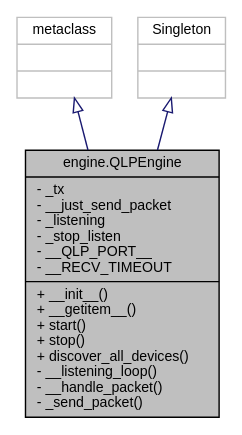
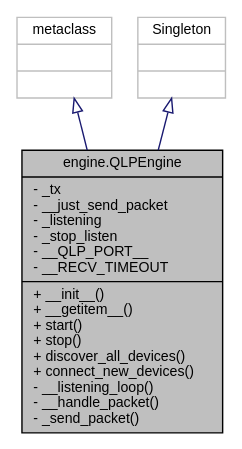
One commit to Quantum-0/qlsc changed the diagram in classengine_1_1QLPEngine__coll__graph.dot. Above: the diagram before and after it, drawn with Graphviz. The commit also changed 200 other files, not shown here.

```diff
--- a/classengine_1_1QLPEngine__coll__graph.dot
+++ b/classengine_1_1QLPEngine__coll__graph.dot
@@ -1,11 +1,11 @@
 digraph "engine.QLPEngine"
 {
  // LATEX_PDF_SIZE
   edge [fontname="Helvetica",fontsize="10",labelfontname="Helvetica",labelfontsize="10"];
   node [fontname="Helvetica",fontsize="10",shape=record];
-  Node1 [label="{engine.QLPEngine\n|- _tx\l- __just_send_packet\l- _listening\l- _stop_listen\l- __QLP_PORT__\l- __RECV_TIMEOUT\l|+ __init__()\l+ __getitem__()\l+ start()\l+ stop()\l+ discover_all_devices()\l- __listening_loop()\l- __handle_packet()\l- _send_packet()\l}",height=0.2,width=0.4,color="black", fillcolor="grey75", style="filled", fontcolor="black",tooltip=" "];
+  Node1 [label="{engine.QLPEngine\n|- _tx\l- __just_send_packet\l- _listening\l- _stop_listen\l- __QLP_PORT__\l- __RECV_TIMEOUT\l|+ __init__()\l+ __getitem__()\l+ start()\l+ stop()\l+ discover_all_devices()\l+ connect_new_devices()\l- __listening_loop()\l- __handle_packet()\l- _send_packet()\l}",height=0.2,width=0.4,color="black", fillcolor="grey75", style="filled", fontcolor="black",tooltip=" "];
   Node2 -> Node1 [dir="back",color="midnightblue",fontsize="10",style="solid",arrowtail="onormal",fontname="Helvetica"];
   Node2 [label="{metaclass\n||}",height=0.2,width=0.4,color="grey75", fillcolor="white", style="filled",tooltip=" "];
   Node3 -> Node1 [dir="back",color="midnightblue",fontsize="10",style="solid",arrowtail="onormal",fontname="Helvetica"];
   Node3 [label="{Singleton\n||}",height=0.2,width=0.4,color="grey75", fillcolor="white", style="filled",tooltip=" "];
 }
```
